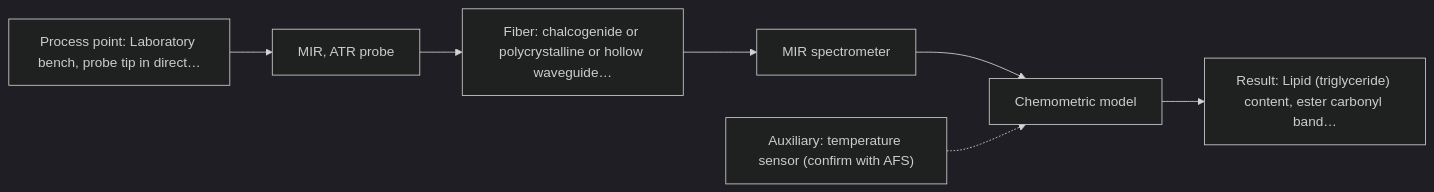
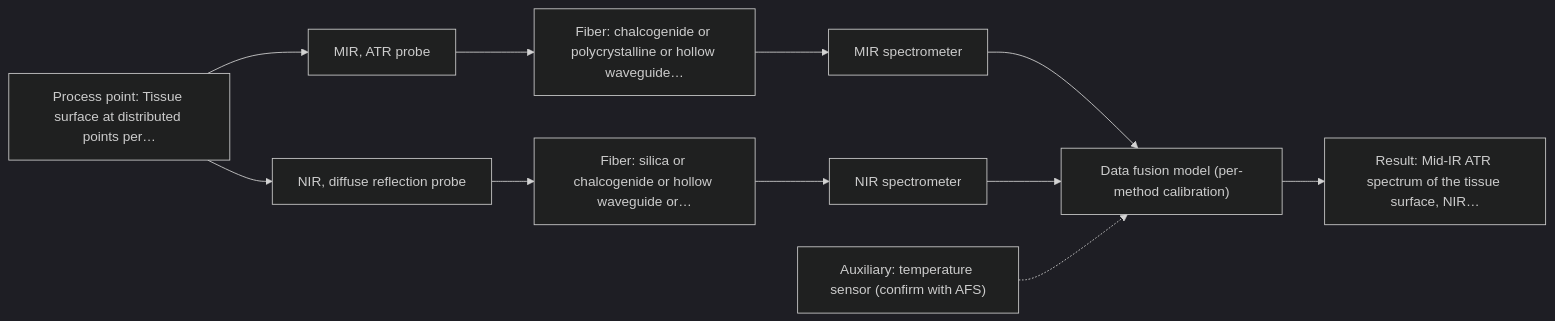
One commit to sleipnir029/Afs-Spectroscopy-Assistant changed the first of 2 diagrams in outputs/dev/D08.md. Above: the diagram before and after it, drawn with Mermaid (dark theme). The commit also changed other lines of this file and 15 other files, not shown here.

Commit message:
3.R2 dev run outputs: 8/8 complete, 0 hard failures, 227/227 citations, 14/14 charts

````diff
--- a/outputs/dev/D08.md
+++ b/outputs/dev/D08.md
@@ -36,16 +36,23 @@
 ```mermaid
 flowchart LR
-    proc["Process point: Laboratory bench, probe tip in direct…"]
+    proc["Process point: Tissue surface at distributed points per…"]
     probe1["MIR, ATR probe"]
     fiber1["Fiber: chalcogenide or polycrystalline or hollow waveguide…"]
     spec1["MIR spectrometer"]
-    model["Chemometric model"]
-    result["Result: Lipid (triglyceride) content, ester carbonyl band…"]
+    probe2["NIR, diffuse reflection probe"]
+    fiber2["Fiber: silica or chalcogenide or hollow waveguide or…"]
+    spec2["NIR spectrometer"]
+    model["Data fusion model (per-method calibration)"]
+    result["Result: Mid-IR ATR spectrum of the tissue surface, NIR…"]
     aux1["Auxiliary: temperature sensor (confirm with AFS)"]
     proc --> probe1
     probe1 --> fiber1
     fiber1 --> spec1
     spec1 --> model
+    proc --> probe2
+    probe2 --> fiber2
+    fiber2 --> spec2
+    spec2 --> model
     model --> result
     aux1 -.-> model
 ```
````
